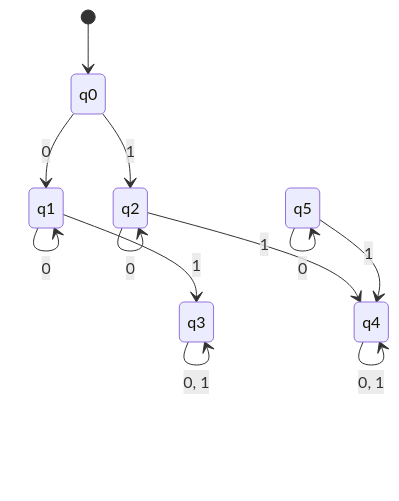
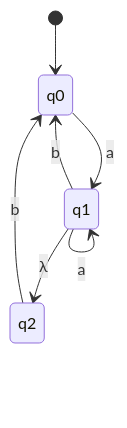
One commit to lelongc/rac changed the first of 11 diagrams in iuh/môn/hk1-4/automat/5-6/toi_thieu_hoa_dfa.md. Above: the diagram before and after it, drawn with Mermaid. The commit also changed other lines of this file and 11 other files, not shown here.

````diff
--- a/iuh/môn/hk1-4/automat/5-6/toi_thieu_hoa_dfa.md
+++ b/iuh/môn/hk1-4/automat/5-6/toi_thieu_hoa_dfa.md
@@ -88,14 +160,9 @@
 ```mermaid
 stateDiagram-v2
     [*] --> q0
-    q0 --> q1: 0
-    q0 --> q2: 1
-    q1 --> q3: 1
-    q1 --> q1: 0
-    q2 --> q4: 1
-    q2 --> q2: 0
-    q3 --> q3: 0, 1
-    q4 --> q4: 0, 1
-    q5 --> q4: 1
-    q5 --> q5: 0
+    q0 --> q1: a
+    q1 --> q2: λ
+    q1 --> q1: a
+    q1 --> q0: b
+    q2 --> q0: b
 ```
````
